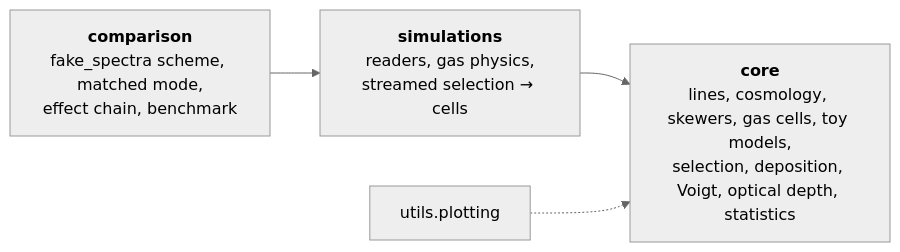
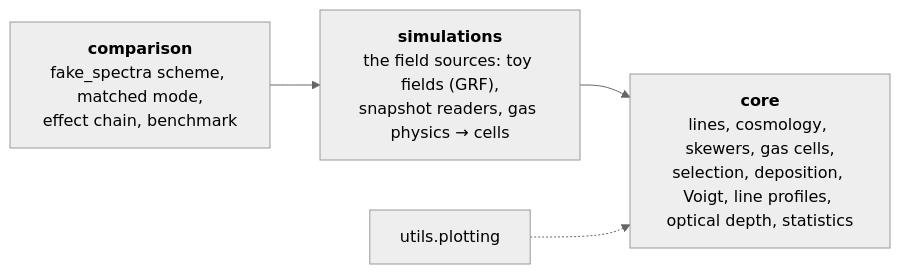
One commit to daniellopezcano/SkewerJAX changed the first of 2 diagrams in README.md. Above: the diagram before and after it, drawn with Mermaid (neutral theme). The commit also changed other lines of this file and 33 other files, not shown here.

Commit message:
improving optical depth explanations

````diff
--- a/README.md
+++ b/README.md
@@ -34,7 +34,7 @@
 ```mermaid
 flowchart LR
     C["<b>comparison</b><br/>fake_spectra scheme, matched mode,<br/>effect chain, benchmark"] --> B
-    B["<b>simulations</b><br/>readers, gas physics,<br/>streamed selection → cells"] --> A
-    A["<b>core</b><br/>lines, cosmology, skewers, gas cells, toy models,<br/>selection, deposition, Voigt, optical depth, statistics"]
+    B["<b>simulations</b><br/>the field sources: toy fields (GRF),<br/>snapshot readers, gas physics → cells"] --> A
+    A["<b>core</b><br/>lines, cosmology, skewers, gas cells,<br/>selection, deposition, Voigt, line profiles, optical depth, statistics"]
     U["utils.plotting"] -.-> A
 ```
````
